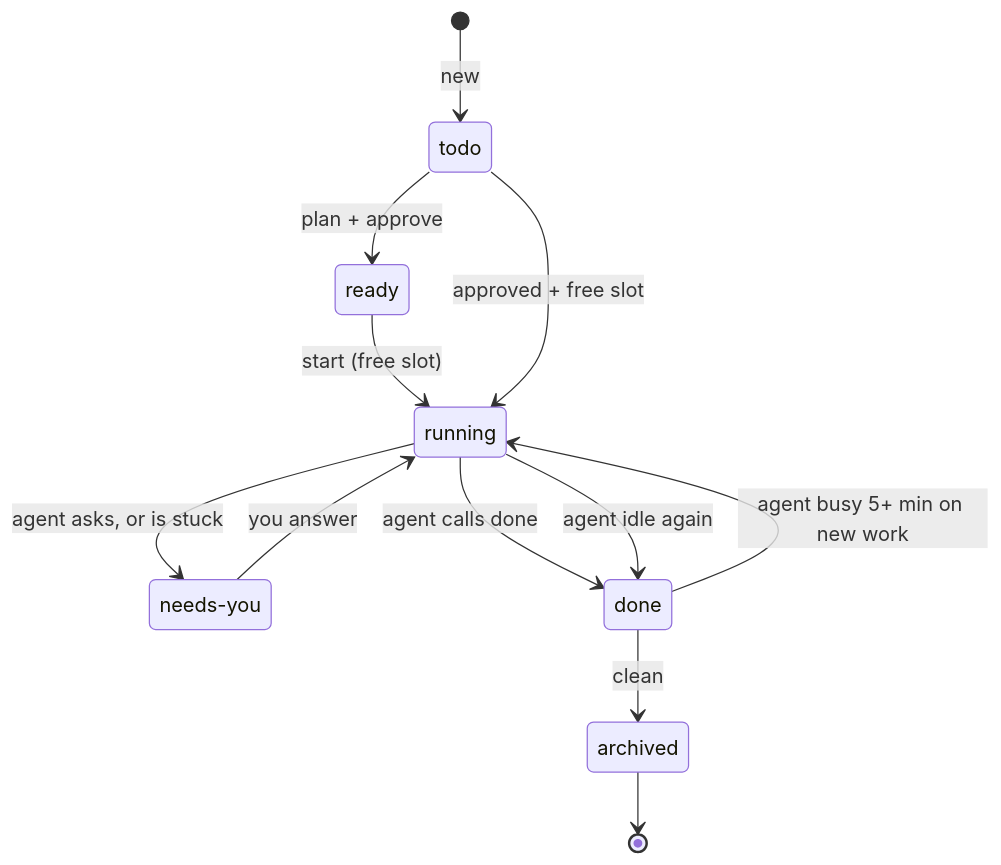
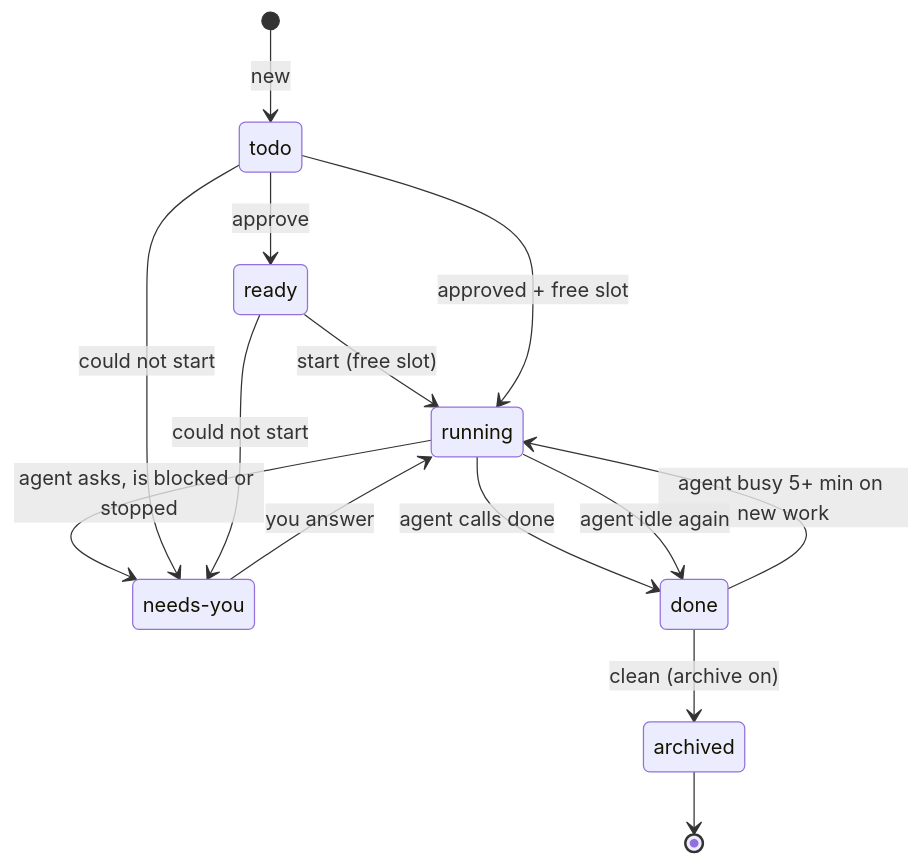
The second of 2 diagrams in README.md (RomainBdt/herdr-board), drawn with Mermaid before and after one commit. The commit also changed other lines of this file, not shown here.

Commit message:
HB-45: align README with the code (no Plan step, Auto model, diagrams, config, server layout)

````diff
--- a/README.md
+++ b/README.md
@@ -45,15 +45,17 @@
 ```mermaid
 stateDiagram-v2
   [*] --> todo: new
-  todo --> ready: plan + approve
+  todo --> ready: approve
   ready --> running: start (free slot)
   todo --> running: approved + free slot
-  running --> needs_you: agent asks, or is stuck
+  running --> needs_you: agent asks, is blocked or stopped
+  todo --> needs_you: could not start
+  ready --> needs_you: could not start
   needs_you --> running: you answer
   running --> done: agent calls done
   done --> running: agent busy 5+ min on new work
   running --> done: agent idle again
-  done --> archived: clean
+  done --> archived: clean (archive on)
   archived --> [*]
   needs_you: needs-you
 ```
````
